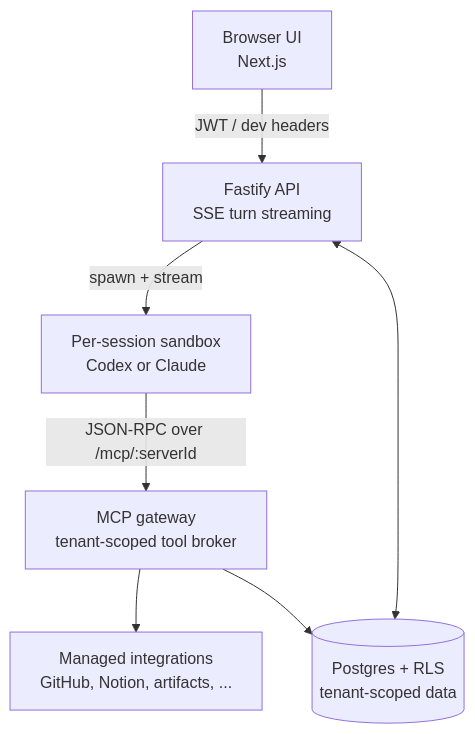
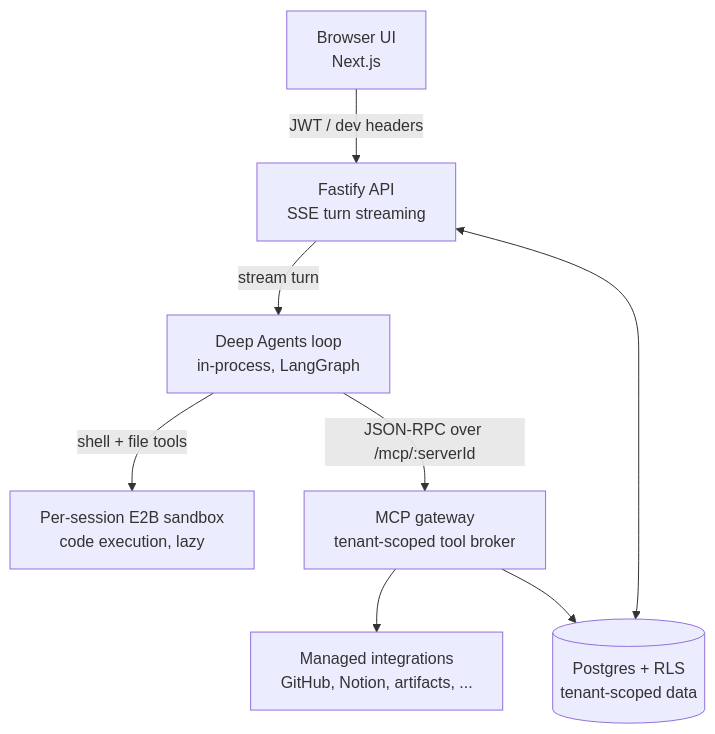
One commit to Cogniplane/cogniplane-core changed the diagram in README.md. Above: the diagram before and after it, drawn with Mermaid. The commit also changed other lines of this file and 720 other files, not shown here.

````diff
--- a/README.md
+++ b/README.md
@@ -32,16 +32,18 @@
 ```mermaid
 flowchart TD
     Browser[Browser UI<br/>Next.js]
     API[Fastify API<br/>SSE turn streaming]
-    Runtime[Per-session sandbox<br/>Codex or Claude]
+    Agent[Deep Agents loop<br/>in-process, LangGraph]
+    Sandbox[Per-session E2B sandbox<br/>code execution, lazy]
     MCP[MCP gateway<br/>tenant-scoped tool broker]
     Tools[Managed integrations<br/>GitHub, Notion, artifacts, ...]
     DB[(Postgres + RLS<br/>tenant-scoped data)]
 
     Browser -->|JWT / dev headers| API
-    API -->|spawn + stream| Runtime
-    Runtime -->|JSON-RPC over /mcp/:serverId| MCP
+    API -->|stream turn| Agent
+    Agent -->|shell + file tools| Sandbox
+    Agent -->|JSON-RPC over /mcp/:serverId| MCP
     MCP --> Tools
     API <--> DB
     MCP --> DB
 ```
````
